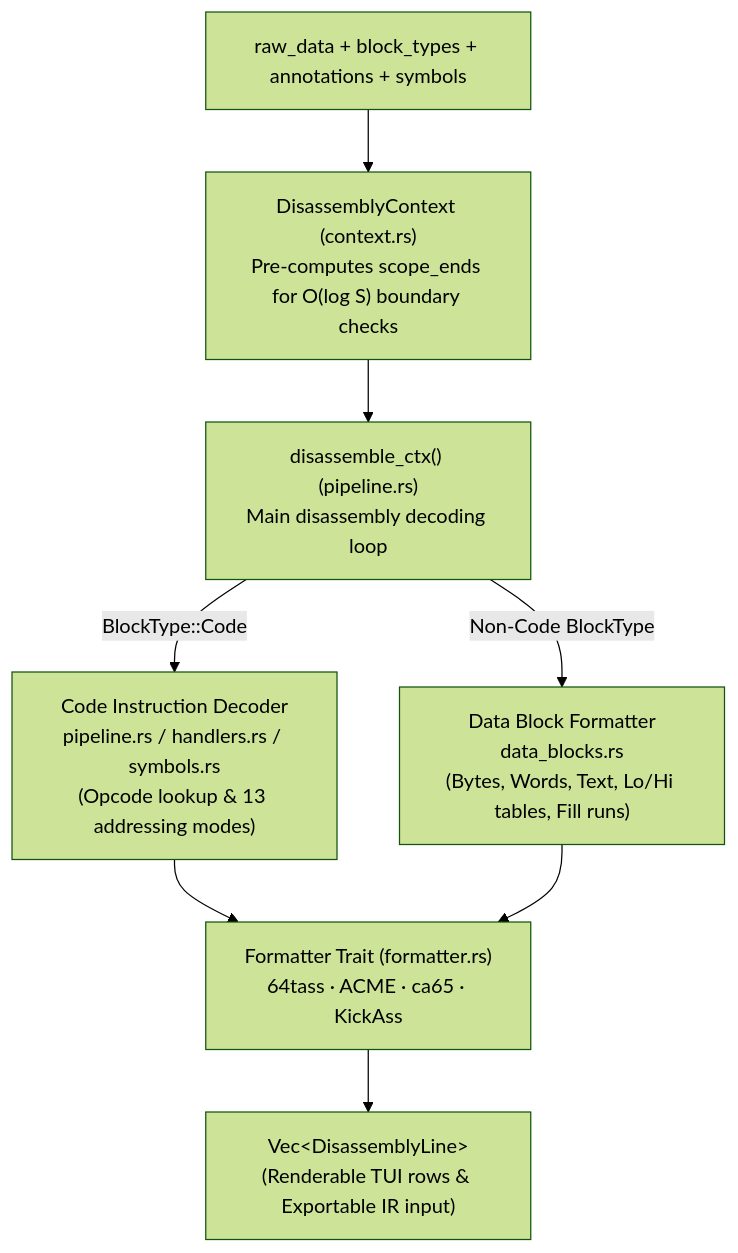
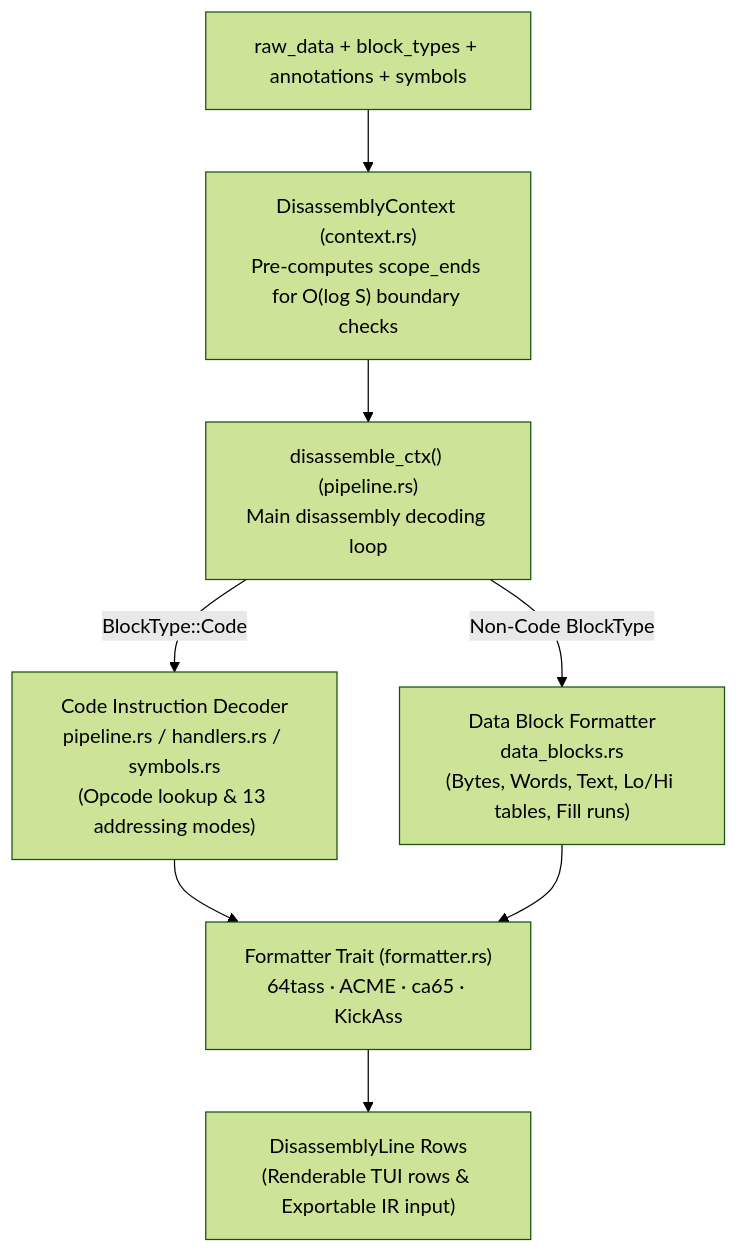
One commit to ricardoquesada/regenerator2000 changed the third of 11 diagrams in docs/architecture.md. Above: the diagram before and after it, drawn with Mermaid (forest theme). The commit also changed other lines of this file, not shown here.

First line of the commit message:
Fix Mermaid v11 syntax errors and replace MathJax in architecture docs

````diff
--- a/docs/architecture.md
+++ b/docs/architecture.md
@@ -226,18 +226,18 @@
 ```mermaid
 flowchart TB
     Inputs["raw_data + block_types + annotations + symbols"]
     Ctx["DisassemblyContext (context.rs)<br/>Pre-computes scope_ends for O(log S) boundary checks"]
     Loop["disassemble_ctx() (pipeline.rs)<br/>Main disassembly decoding loop"]
     CodePath["Code Instruction Decoder<br/>pipeline.rs / handlers.rs / symbols.rs<br/>(Opcode lookup & 13 addressing modes)"]
     DataPath["Data Block Formatter<br/>data_blocks.rs<br/>(Bytes, Words, Text, Lo/Hi tables, Fill runs)"]
     Fmt["Formatter Trait (formatter.rs)<br/>64tass · ACME · ca65 · KickAss"]
-    Out["Vec#lt;DisassemblyLine#gt;<br/>(Renderable TUI rows & Exportable IR input)"]
+    Out["DisassemblyLine Rows<br/>(Renderable TUI rows & Exportable IR input)"]
 
     Inputs --> Ctx
     Ctx --> Loop
     Loop -->|BlockType::Code| CodePath
     Loop -->|Non-Code BlockType| DataPath
     CodePath --> Fmt
     DataPath --> Fmt
     Fmt --> Out
 ```
````
